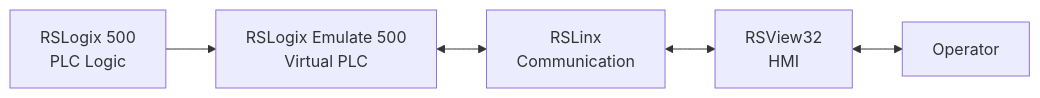
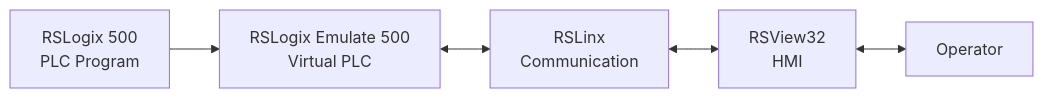
One commit to bk201-dev/Industrial-Control-HMI-PLC changed the second of 2 diagrams in README.md. Above: the diagram before and after it, drawn with Mermaid. The commit also changed other lines of this file, not shown here.

````diff
--- a/README.md
+++ b/README.md
@@ -46,14 +36,13 @@
 ```mermaid
 flowchart LR
-
-    PLC["RSLogix 500<br/>PLC Logic"]
+    PLC["RSLogix 500<br/>PLC Program"]
     EMU["RSLogix Emulate 500<br/>Virtual PLC"]
     LINK["RSLinx<br/>Communication"]
     HMI["RSView32<br/>HMI"]
-    OP["Operator"]
+    USER["Operator"]
 
     PLC --> EMU
     EMU <--> LINK
     LINK <--> HMI
-    HMI <--> OP
+    HMI <--> USER
 ```
````
